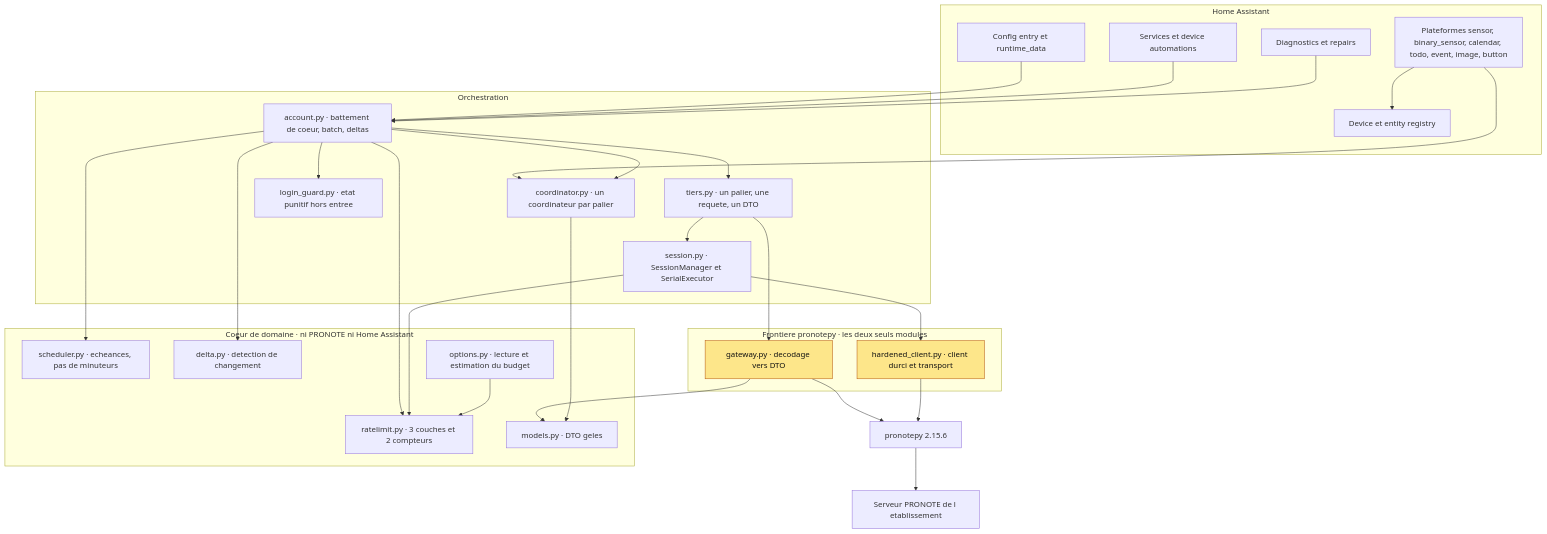
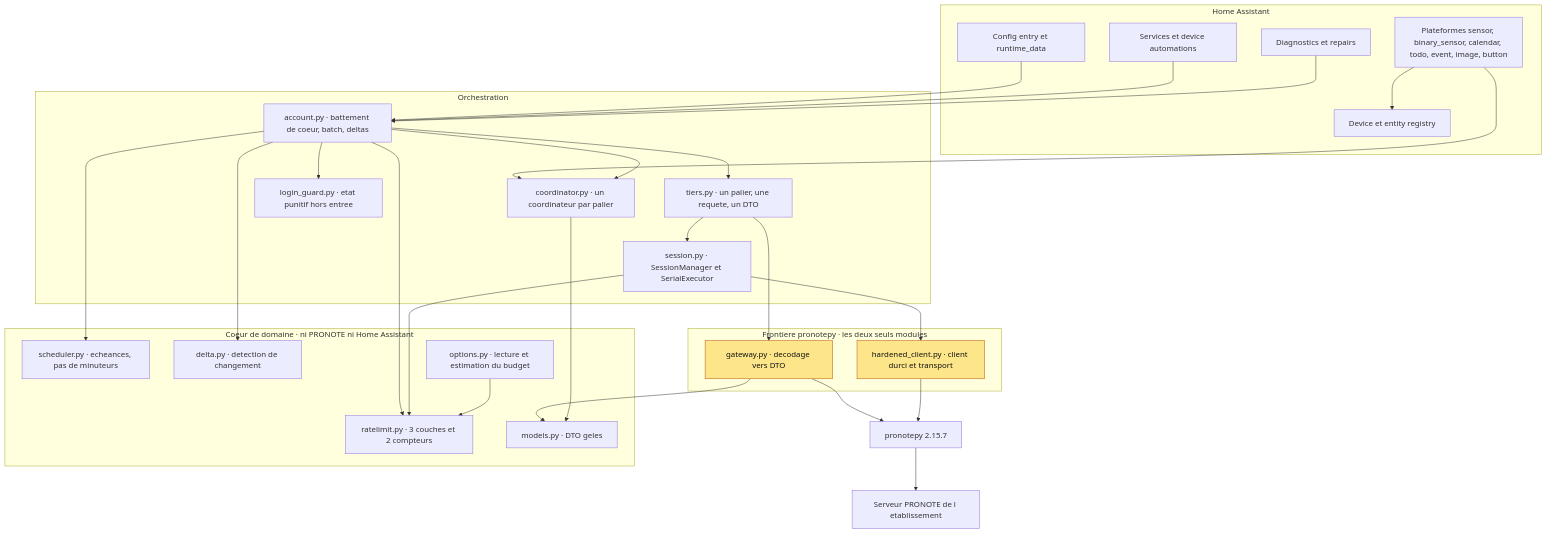
Before and after one commit to FiveElements/ha-pronote-ng: the first of 6 diagrams in docs/ARCHITECTURE.md, drawn with Mermaid. The commit also changed other lines of this file and 10 other files, not shown here.

````diff
--- a/docs/ARCHITECTURE.md
+++ b/docs/ARCHITECTURE.md
@@ -108,59 +108,59 @@
 ```mermaid
 flowchart TB
   subgraph HA["Home Assistant"]
     CE["Config entry et runtime_data"]
     PLAT["Plateformes sensor, binary_sensor, calendar, todo, event, image, button"]
     SVC["Services et device automations"]
     DIAG["Diagnostics et repairs"]
     REG["Device et entity registry"]
   end
 
   subgraph ORCH["Orchestration"]
     ACC["account.py · battement de coeur, batch, deltas"]
     TIERS["tiers.py · un palier, une requete, un DTO"]
     SESS["session.py · SessionManager et SerialExecutor"]
     COORD["coordinator.py · un coordinateur par palier"]
     GUARD["login_guard.py · etat punitif hors entree"]
   end
 
   subgraph CORE["Coeur de domaine · ni PRONOTE ni Home Assistant"]
     RL["ratelimit.py · 3 couches et 2 compteurs"]
     SCHED["scheduler.py · echeances, pas de minuteurs"]
     DELTA["delta.py · detection de changement"]
     MODELS["models.py · DTO geles"]
     OPT["options.py · lecture et estimation du budget"]
   end
 
   subgraph BOUND["Frontiere pronotepy · les deux seuls modules"]
     GW["gateway.py · decodage vers DTO"]
     HC["hardened_client.py · client durci et transport"]
   end
 
-  PY["pronotepy 2.15.6"]
+  PY["pronotepy 2.15.7"]
   NET["Serveur PRONOTE de l etablissement"]
 
   CE --> ACC
   PLAT --> COORD
   SVC --> ACC
   DIAG --> ACC
   PLAT --> REG
   ACC --> TIERS
   ACC --> SCHED
   ACC --> RL
   ACC --> DELTA
   ACC --> COORD
   ACC --> GUARD
   TIERS --> SESS
   TIERS --> GW
   SESS --> RL
   SESS --> HC
   GW --> MODELS
   GW --> PY
   HC --> PY
   PY --> NET
   OPT --> RL
   COORD --> MODELS
 
   classDef boundary fill:#fde68a,stroke:#b45309,color:#111
   class GW,HC boundary
 ```
````
